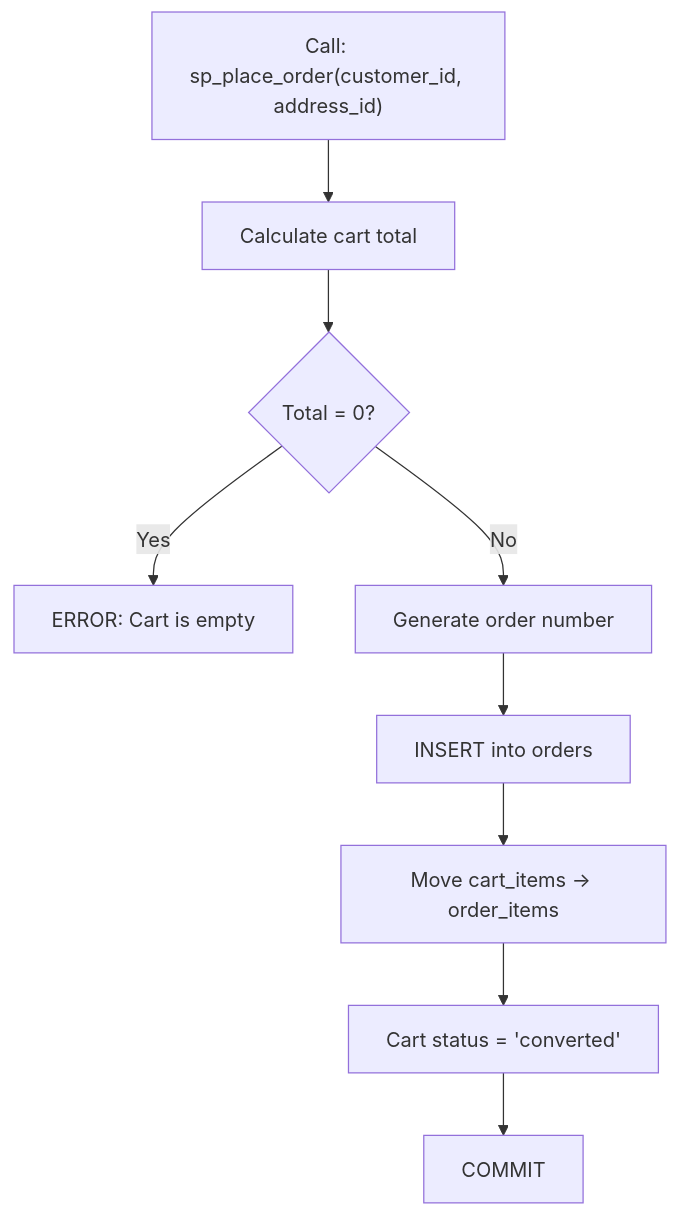
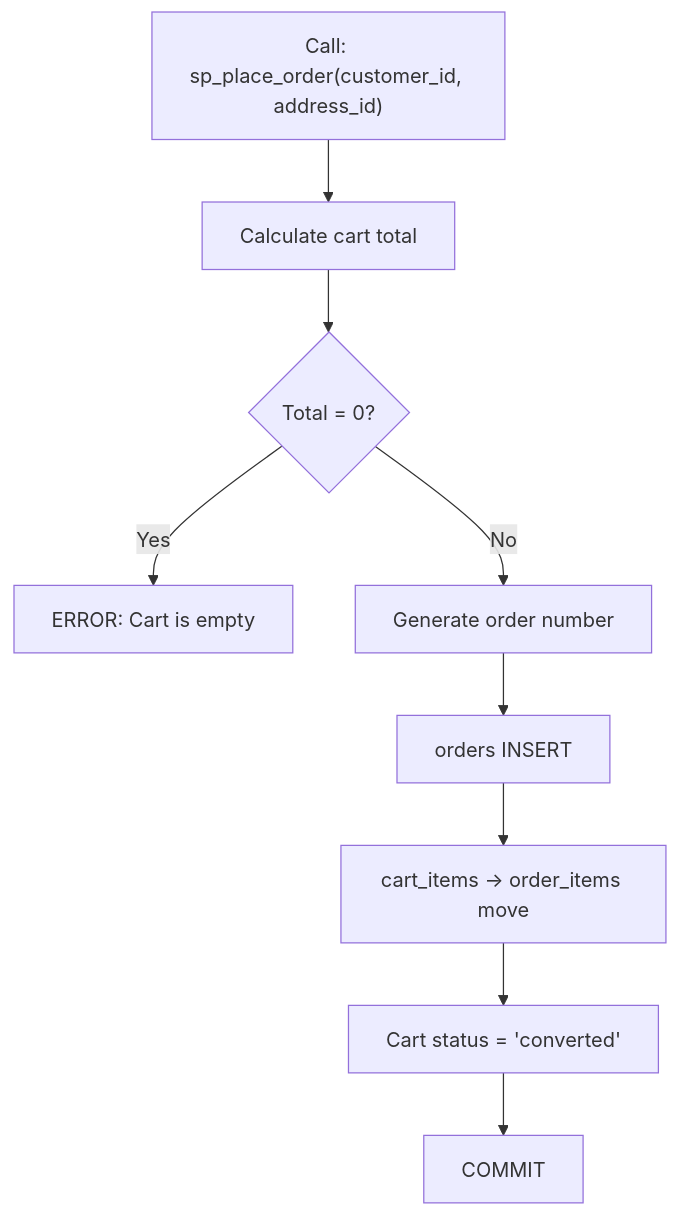
Before and after one commit to civilian7/sql-tutorial: the first of 15 diagrams in docs/en/schema/procedures.md, drawn with Mermaid. The commit also changed other lines of this file and 121 other files, not shown here.

````diff
--- a/docs/en/schema/procedures.md
+++ b/docs/en/schema/procedures.md
@@ -30,11 +45,11 @@
 ```mermaid
 flowchart TD
     A["Call: sp_place_order(customer_id, address_id)"] --> B["Calculate cart total"]
     B --> C{"Total = 0?"}
     C -- Yes --> D["ERROR: Cart is empty"]
     C -- No --> E["Generate order number"]
-    E --> F["INSERT into orders"]
-    F --> G["Move cart_items → order_items"]
+    E --> F["orders INSERT"]
+    F --> G["cart_items -> order_items move"]
     G --> H["Cart status = 'converted'"]
     H --> I["COMMIT"]
 ```
````
